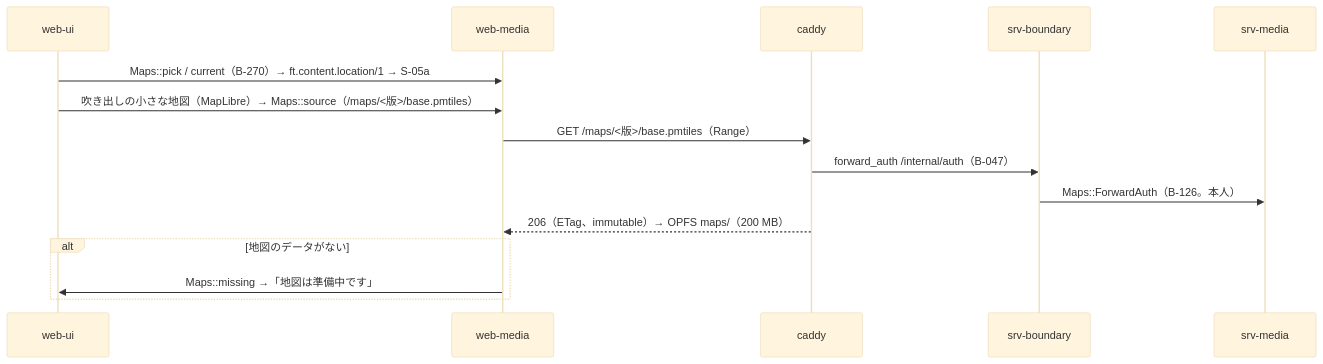
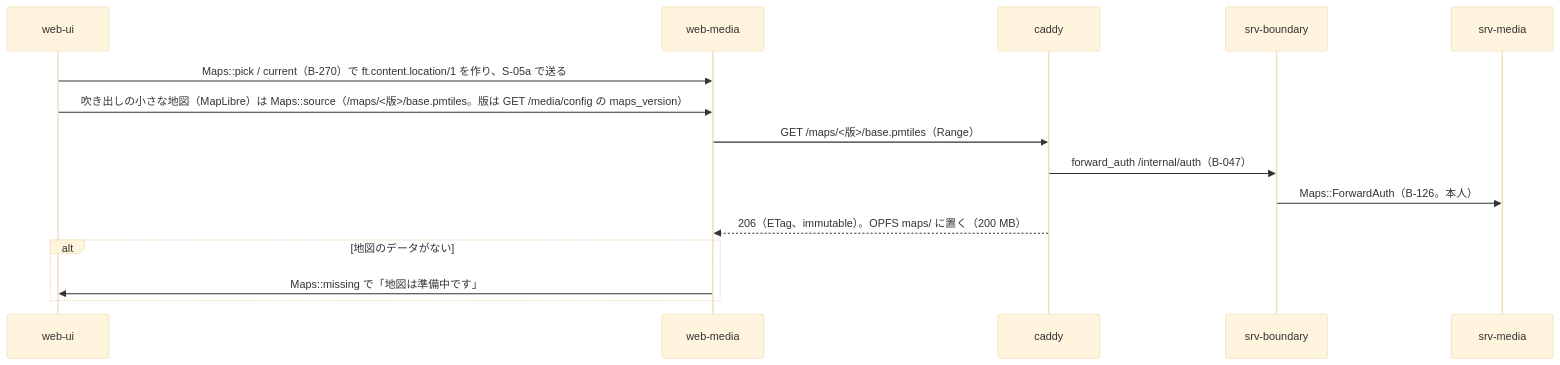
One commit to nrsd-ishikawasou/family-talk-pwa changed the fourth of 4 diagrams in dev/docs/jp/シーケンス/06_添付.md. Above: the diagram before and after it, drawn with Mermaid (base theme). The commit also changed other lines of this file and 290 other files, not shown here.

````diff
--- a/dev/docs/jp/シーケンス/06_添付.md
+++ b/dev/docs/jp/シーケンス/06_添付.md
@@ -141,17 +164,17 @@
 ```mermaid
 sequenceDiagram
   participant UI as web-ui
   participant WM as web-media
   participant CD as caddy
   participant BD as srv-boundary
   participant MD as srv-media
-  UI->>WM: Maps::pick / current（B-270）→ ft.content.location/1 → S-05a
-  UI->>WM: 吹き出しの小さな地図（MapLibre）→ Maps::source（/maps/<版>/base.pmtiles）
+  UI->>WM: Maps::pick / current（B-270）で ft.content.location/1 を作り、S-05a で送る
+  UI->>WM: 吹き出しの小さな地図（MapLibre）は Maps::source（/maps/<版>/base.pmtiles。版は GET /media/config の maps_version）
   WM->>CD: GET /maps/<版>/base.pmtiles（Range）
   CD->>BD: forward_auth /internal/auth（B-047）
   BD->>MD: Maps::ForwardAuth（B-126。本人）
-  CD-->>WM: 206（ETag、immutable）→ OPFS maps/（200 MB）
+  CD-->>WM: 206（ETag、immutable）。OPFS maps/ に置く（200 MB）
   alt 地図のデータがない
-    WM->>UI: Maps::missing →「地図は準備中です」
+    WM->>UI: Maps::missing で「地図は準備中です」
   end
 ```
````
